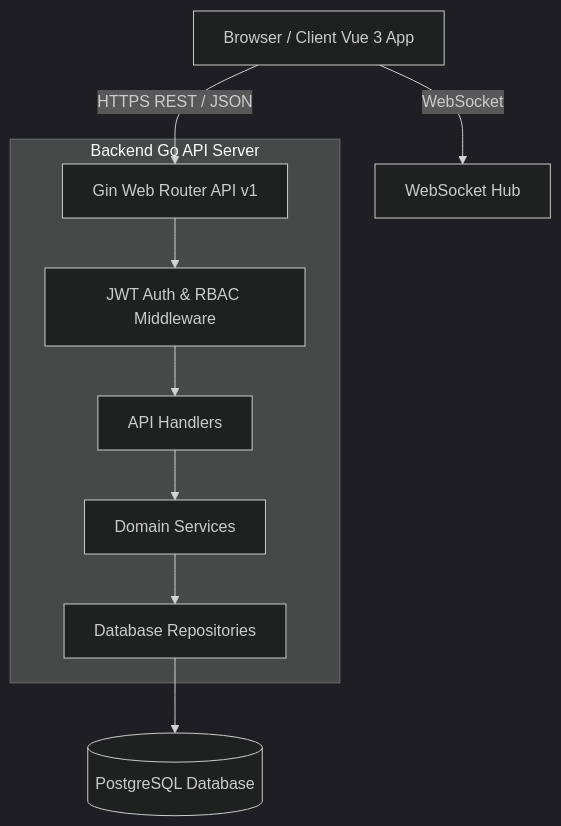
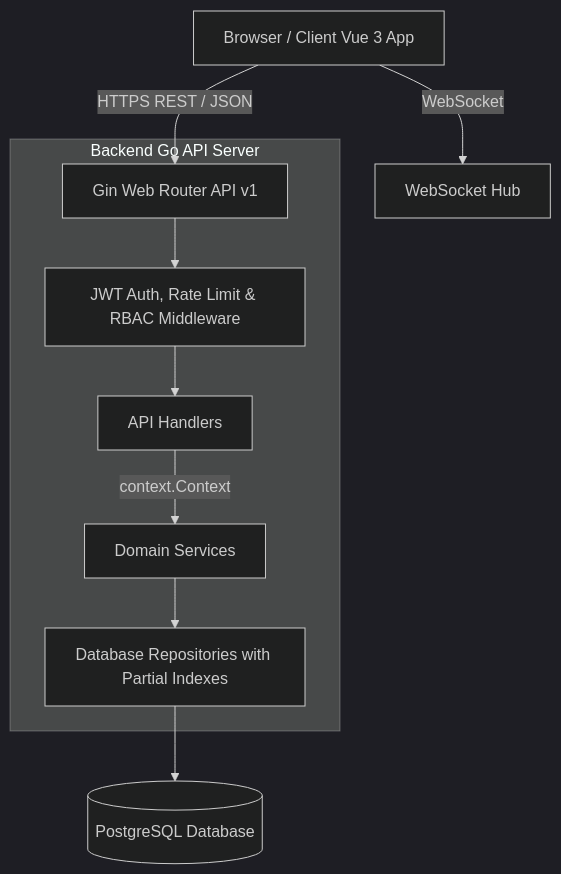
One commit to kimiko88/il_registro changed the diagram in docs/WIKI.md. Above: the diagram before and after it, drawn with Mermaid (dark theme). The commit also changed other lines of this file and 52 other files, not shown here.

````diff
--- a/docs/WIKI.md
+++ b/docs/WIKI.md
@@ -45,14 +47,14 @@
 ```mermaid
 graph TD
     Client[Browser / Client Vue 3 App] -->|HTTPS REST / JSON| Gateway[Gin Web Router API v1]
     Client -->|WebSocket| WS[WebSocket Hub]
 
     subgraph Backend Go API Server
-        Gateway --> AuthMw[JWT Auth & RBAC Middleware]
+        Gateway --> AuthMw[JWT Auth, Rate Limit & RBAC Middleware]
         AuthMw --> Handlers[API Handlers]
-        Handlers --> Services[Domain Services]
-        Services --> Repos[Database Repositories]
+        Handlers -->|context.Context| Services[Domain Services]
+        Services --> Repos[Database Repositories with Partial Indexes]
     end
 
     Repos --> DB[(PostgreSQL Database)]
 ```
````
